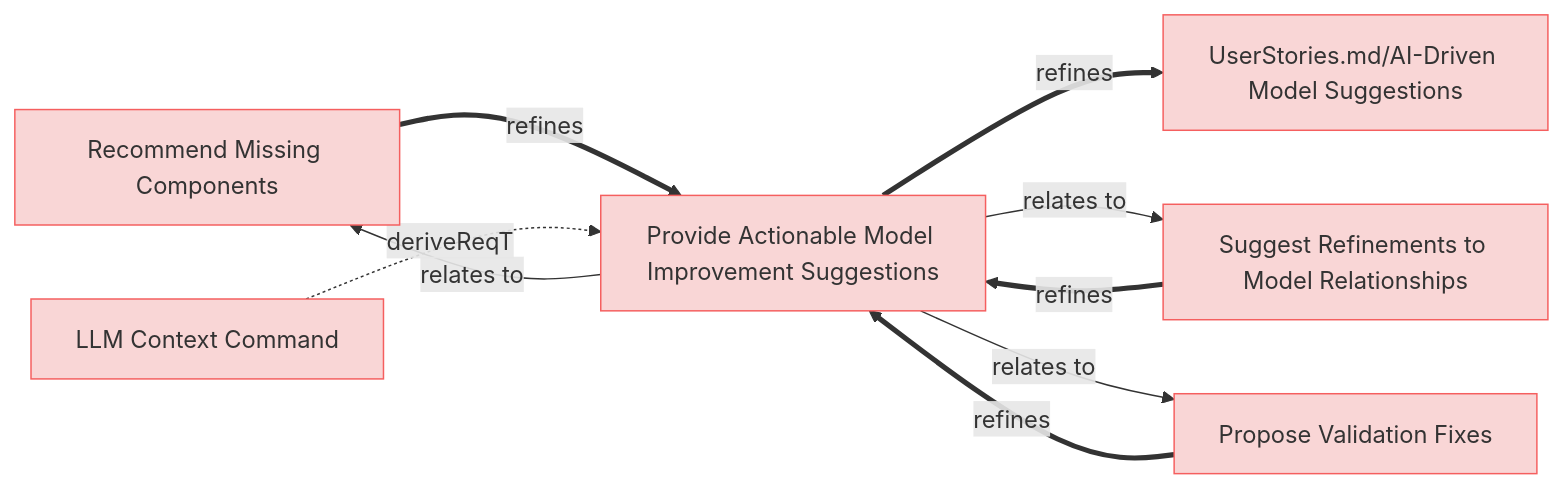
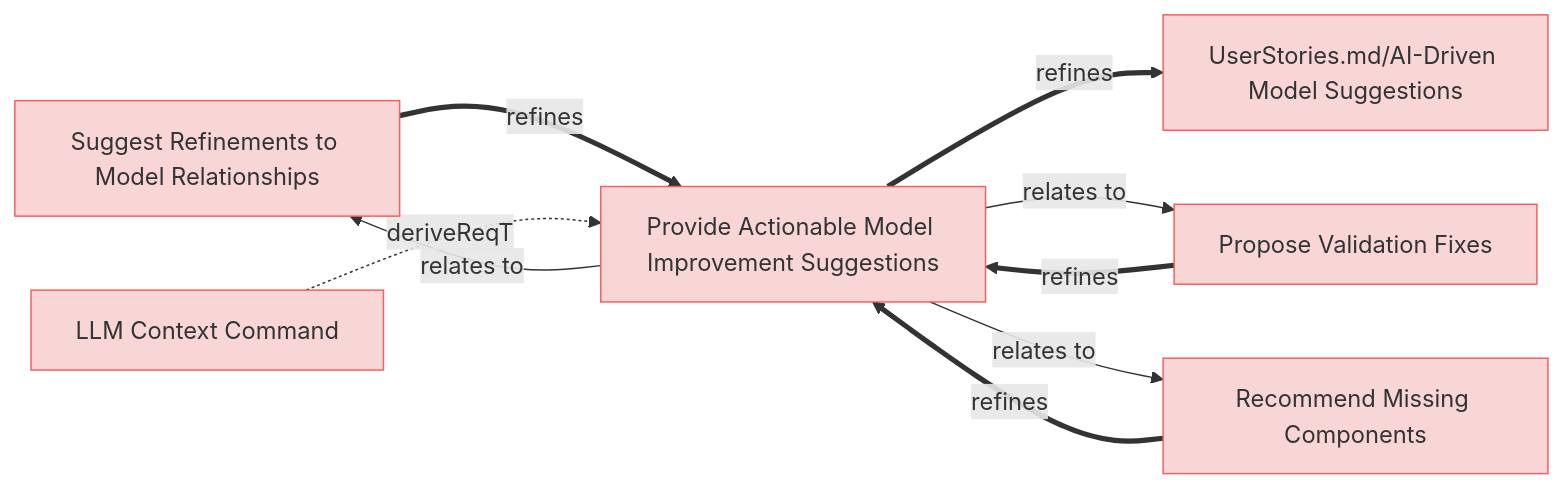
Before and after one commit to reqvire-org/reqvire: the sixth of 10 diagrams in specifications/UserRequirements.md, drawn with Mermaid. The commit also changed other lines of this file and 92 other files, not shown here.

````diff
--- a/specifications/UserRequirements.md
+++ b/specifications/UserRequirements.md
@@ -495,35 +495,35 @@
 ```mermaid
 graph LR;
   %% Graph styling
   classDef requirement fill:#f9d6d6,stroke:#f55f5f,stroke-width:1px;
   classDef verification fill:#d6f9d6,stroke:#5fd75f,stroke-width:1px;
   classDef externalLink fill:#d0e0ff,stroke:#3080ff,stroke-width:1px;
   classDef default fill:#f5f5f5,stroke:#333333,stroke-width:1px;
 
-  a8f00c5619["Recommend Missing Components"];
-  click a8f00c5619 "UserRequirements.md#recommend-missing-components";
-  class a8f00c5619 requirement;
+  72e13dc549["Suggest Refinements to Model Relationships"];
+  click 72e13dc549 "UserRequirements.md#suggest-refinements-to-model-relationships";
+  class 72e13dc549 requirement;
   ec56dd665a["Provide Actionable Model Improvement Suggestions"];
   class ec56dd665a requirement;
   click ec56dd665a "UserRequirements.md#provide-actionable-model-improvement-suggestions";
-  a8f00c5619 ==>|refines| ec56dd665a;
-  72e13dc549["Suggest Refinements to Model Relationships"];
-  click 72e13dc549 "UserRequirements.md#suggest-refinements-to-model-relationships";
-  class 72e13dc549 requirement;
   72e13dc549 ==>|refines| ec56dd665a;
   6912d98267["UserStories.md/AI-Driven Model Suggestions"];
   class 6912d98267 requirement;
   click 6912d98267 "UserStories.md#ai-driven-model-suggestions";
   ec56dd665a ==>|refines| 6912d98267;
+  ec56dd665a -->|relates to| 72e13dc549;
+  44c87c93a4["Propose Validation Fixes"];
+  class 44c87c93a4 requirement;
+  click 44c87c93a4 "UserRequirements.md#propose-validation-fixes";
+  ec56dd665a -->|relates to| 44c87c93a4;
+  a8f00c5619["Recommend Missing Components"];
+  class a8f00c5619 requirement;
+  click a8f00c5619 "UserRequirements.md#recommend-missing-components";
   ec56dd665a -->|relates to| a8f00c5619;
-  ec56dd665a -->|relates to| 72e13dc549;
   8ba9c7e059["LLM Context Command"];
   class 8ba9c7e059 requirement;
   click 8ba9c7e059 "SystemRequirements/Requirements.md#llm-context-command";
   8ba9c7e059 -.->|deriveReqT| ec56dd665a;
-  44c87c93a4["Propose Validation Fixes"];
-  class 44c87c93a4 requirement;
-  click 44c87c93a4 "UserRequirements.md#propose-validation-fixes";
-  ec56dd665a -->|relates to| 44c87c93a4;
   44c87c93a4 ==>|refines| ec56dd665a;
+  a8f00c5619 ==>|refines| ec56dd665a;
 ```
````
